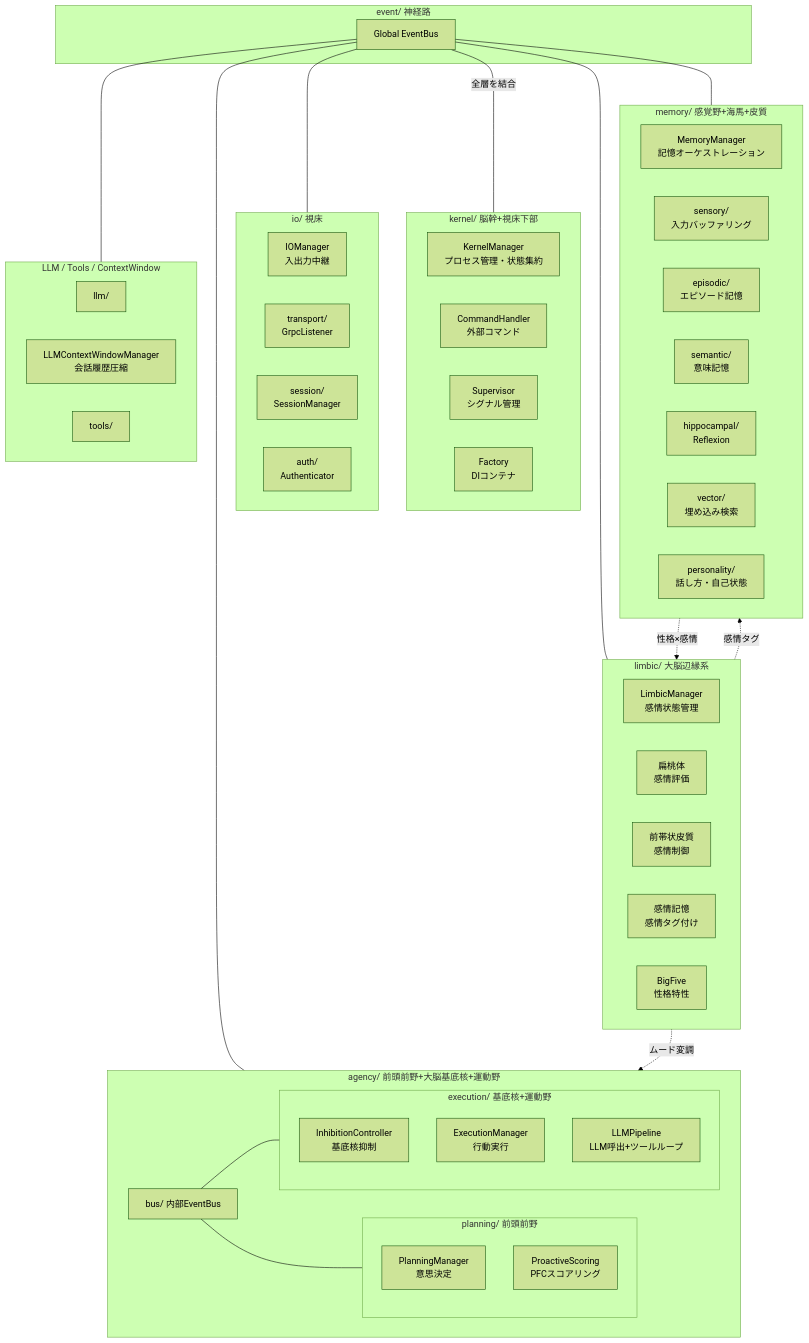
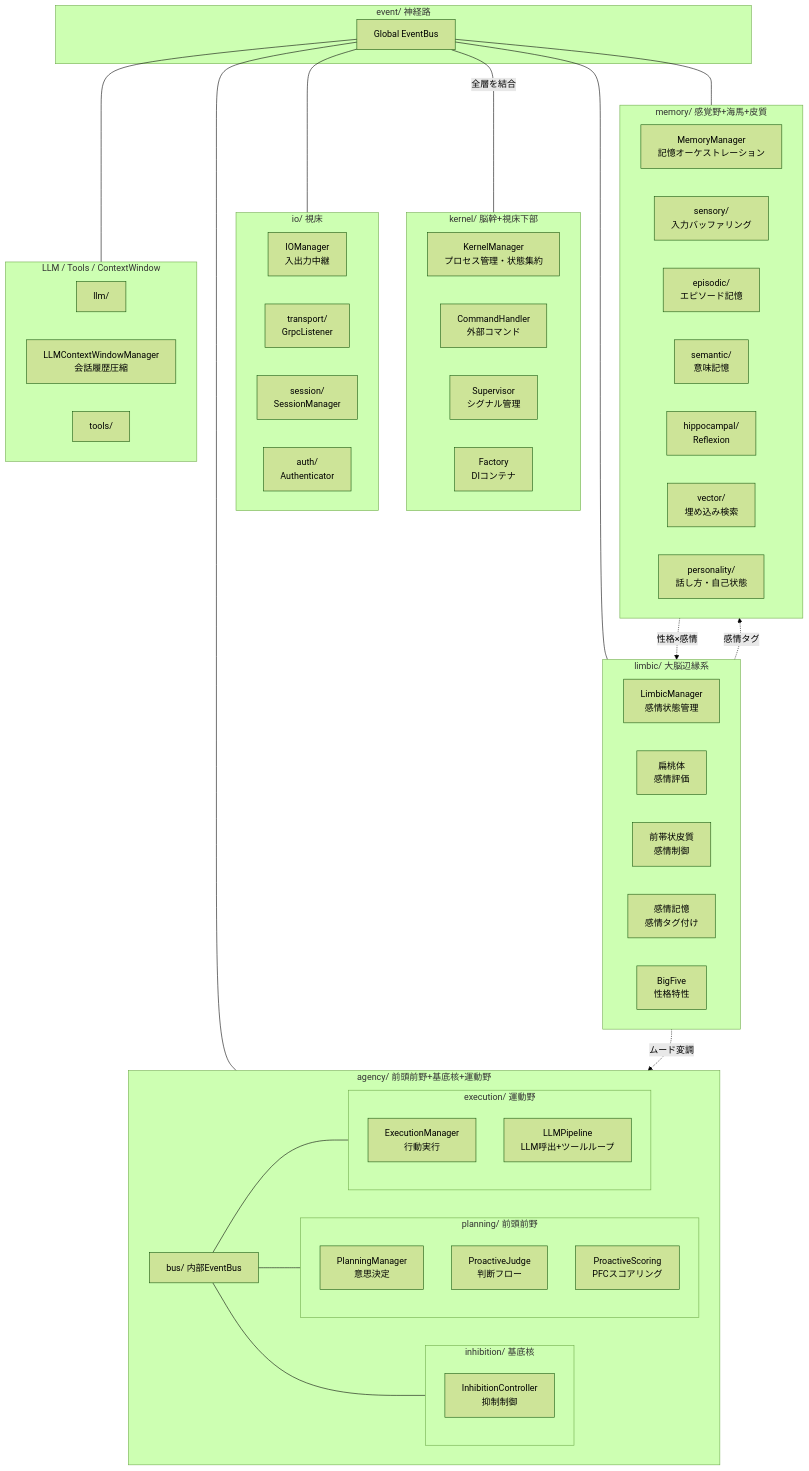
Before and after one commit to ibukani/iris-mind: the first of 4 diagrams in docs/architecture.md, drawn with Mermaid (forest theme). The commit also changed other lines of this file and 42 other files, not shown here.

````diff
--- a/docs/architecture.md
+++ b/docs/architecture.md
@@ -9,73 +9,78 @@
 ```mermaid
 flowchart TD
     subgraph Kernel["kernel/ 脳幹+視床下部"]
         K_Manager["KernelManager<br/>プロセス管理・状態集約"]
         K_Command["CommandHandler<br/>外部コマンド"]
         K_Supervisor["Supervisor<br/>シグナル管理"]
         K_Factory["Factory<br/>DIコンテナ"]
     end
 
     subgraph IO["io/ 視床"]
         IO_Manager["IOManager<br/>入出力中継"]
         IO_Trans["transport/<br/>GrpcListener"]
         IO_Session["session/<br/>SessionManager"]
         IO_Auth["auth/<br/>Authenticator"]
     end
 
     subgraph Limbic["limbic/ 大脳辺縁系"]
         L_Manager["LimbicManager<br/>感情状態管理"]
         L_Amygdala["扁桃体<br/>感情評価"]
         L_ACC["前帯状皮質<br/>感情制御"]
         L_EM["感情記憶<br/>感情タグ付け"]
         L_BF["BigFive<br/>性格特性"]
     end
 
     subgraph Memory["memory/ 感覚野+海馬+皮質"]
         M_Manager["MemoryManager<br/>記憶オーケストレーション"]
         M_Sensory["sensory/<br/>入力バッファリング"]
         M_Episodic["episodic/<br/>エピソード記憶"]
         M_Semantic["semantic/<br/>意味記憶"]
         M_Hippocampal["hippocampal/<br/>Reflexion"]
         M_Vector["vector/<br/>埋め込み検索"]
         M_Personality["personality/<br/>話し方・自己状態"]
     end
 
-    subgraph Agency["agency/ 前頭前野+大脳基底核+運動野"]
+    subgraph Agency["agency/ 前頭前野+基底核+運動野"]
         A_Bus["bus/ 内部EventBus"]
 
         subgraph Planning["planning/ 前頭前野"]
             P_Manager["PlanningManager<br/>意思決定"]
+            P_Judge["ProactiveJudge<br/>判断フロー"]
             P_Scoring["ProactiveScoring<br/>PFCスコアリング"]
         end
 
-        subgraph Execution["execution/ 基底核+運動野"]
-            INH["InhibitionController<br/>基底核抑制"]
+        subgraph Inhibition["inhibition/ 基底核"]
+            INH["InhibitionController<br/>抑制制御"]
+        end
+
+        subgraph Execution["execution/ 運動野"]
             E_Manager["ExecutionManager<br/>行動実行"]
             E_LLM["LLMPipeline<br/>LLM呼出+ツールループ"]
         end
     end
 
     subgraph Infra["LLM / Tools / ContextWindow"]
         I_LLM["llm/"]
         I_CW["LLMContextWindowManager<br/>会話履歴圧縮"]
         I_TOOLS["tools/"]
     end
 
     subgraph Event["event/ 神経路"]
         EB["Global EventBus"]
     end
 
     EB ---|全層を結合| Kernel
     EB --- IO
     EB --- Limbic
     EB --- Memory
     EB --- Agency
     EB --- Infra
 
     A_Bus --- Planning
+    A_Bus --- Inhibition
     A_Bus --- Execution
 
     Limbic -.->|感情タグ| Memory
     Limbic -.->|ムード変調| Agency
     Memory -.->|性格×感情| Limbic
 ```
````
